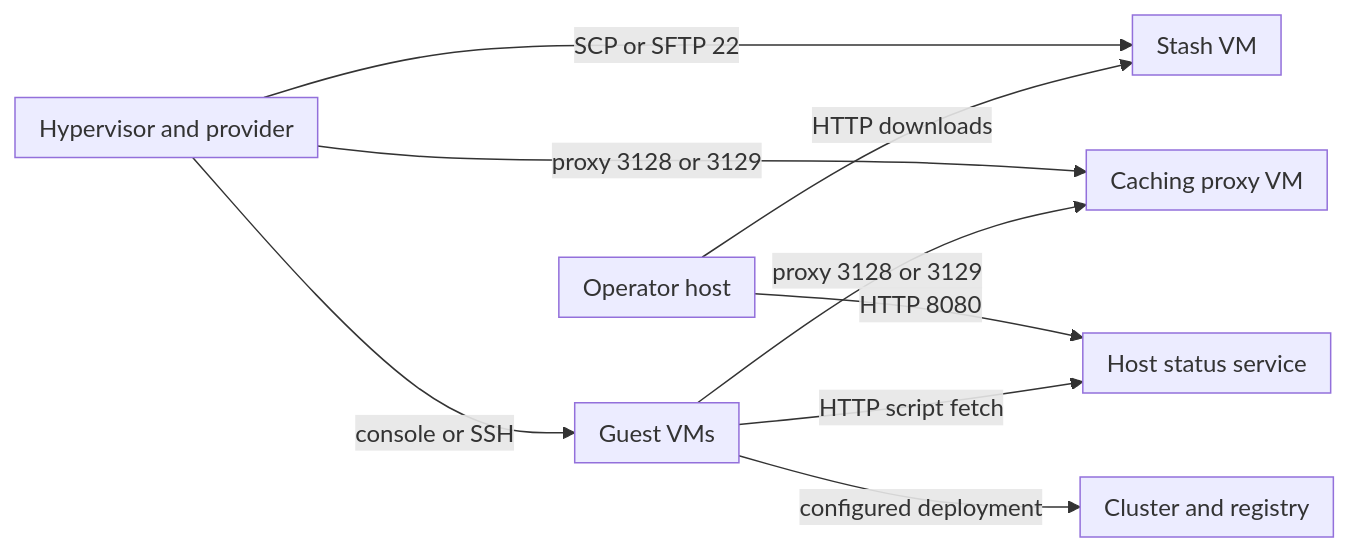
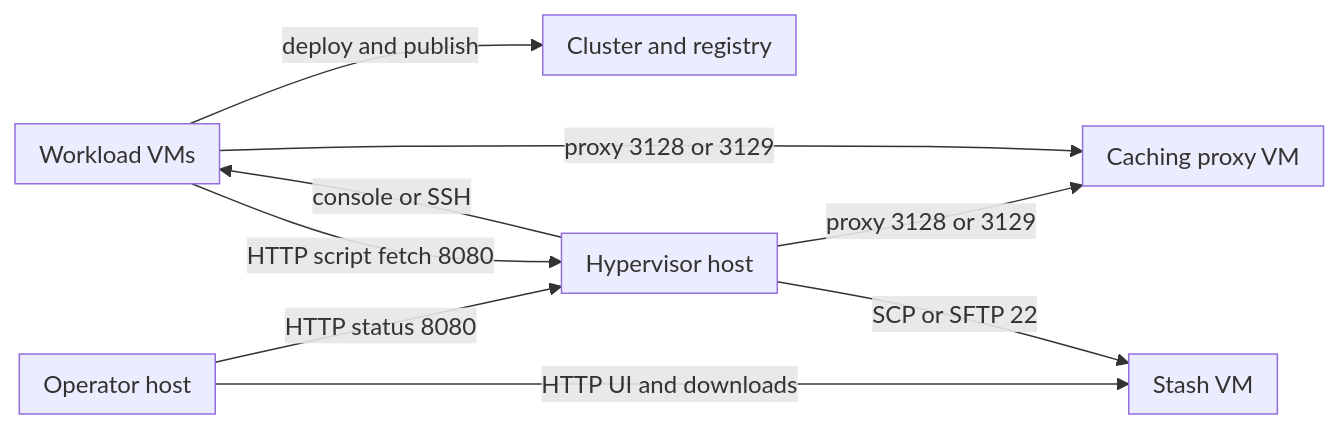
The first of 5 diagrams in docs/design/06-deployment.md (alissonsol/yuruna), drawn with Mermaid before and after one commit. The commit also changed other lines of this file and 1304 other files, not shown here.

````diff
--- a/docs/design/06-deployment.md
+++ b/docs/design/06-deployment.md
@@ -13,25 +13,23 @@
 ```mermaid
 flowchart LR
-    subgraph test-status["Operator host"]
+    subgraph operator-host["Operator host"]
     end
-    subgraph host["Hypervisor and provider"]
+    subgraph hypervisor-host["Hypervisor host"]
     end
-    subgraph guest["Guest VMs"]
+    subgraph workload-vms["Workload VMs"]
     end
     subgraph caching-proxy-service["Caching proxy VM"]
     end
     subgraph stash-service["Stash VM"]
     end
-    subgraph start-statusservice-ps1["Host status service"]
+    subgraph deployment-targets["Cluster and registry"]
     end
-    subgraph global-resources["Cluster and registry"]
-    end
-    test-status -->|HTTP 8080| start-statusservice-ps1
-    host -->|console or SSH| guest
-    guest -->|HTTP script fetch| start-statusservice-ps1
-    host -->|proxy 3128 or 3129| caching-proxy-service
-    guest -->|proxy 3128 or 3129| caching-proxy-service
-    host -->|SCP or SFTP 22| stash-service
-    test-status -->|HTTP downloads| stash-service
-    guest -->|configured deployment| global-resources
+    operator-host -->|HTTP status 8080| hypervisor-host
+    operator-host -->|HTTP UI and downloads| stash-service
+    hypervisor-host -->|console or SSH| workload-vms
+    workload-vms -->|HTTP script fetch 8080| hypervisor-host
+    hypervisor-host -->|proxy 3128 or 3129| caching-proxy-service
+    workload-vms -->|proxy 3128 or 3129| caching-proxy-service
+    hypervisor-host -->|SCP or SFTP 22| stash-service
+    workload-vms -->|deploy and publish| deployment-targets
 ```
````
